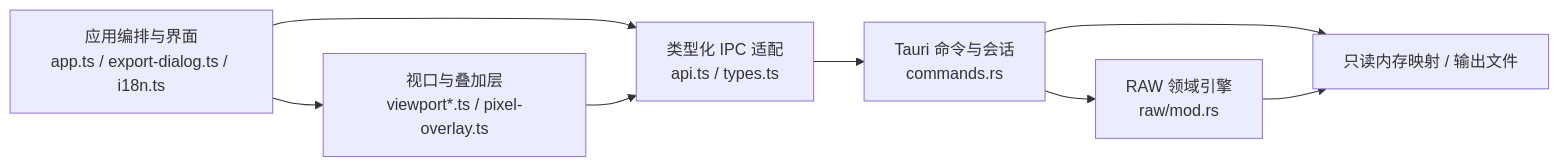
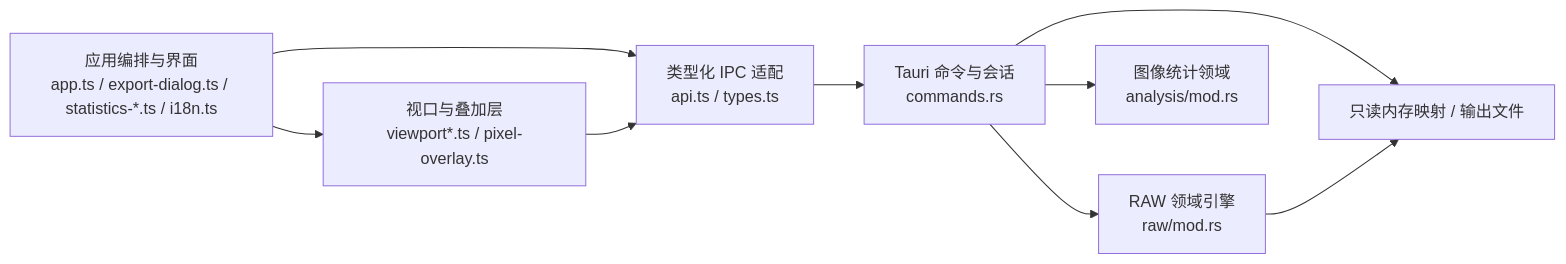
The diagram in docs/ARCHITECTURE.md (woooooooooolf/eRAW), drawn with Mermaid before and after one commit. The commit also changed other lines of this file and 10 other files, not shown here.

Commit message:
发布：更新图像统计文档并升级至 V0.3.0

````diff
--- a/docs/ARCHITECTURE.md
+++ b/docs/ARCHITECTURE.md
@@ -5,17 +5,19 @@
 ```mermaid
 flowchart LR
-    UI["应用编排与界面<br/>app.ts / export-dialog.ts / i18n.ts"]
+    UI["应用编排与界面<br/>app.ts / export-dialog.ts / statistics-*.ts / i18n.ts"]
     VP["视口与叠加层<br/>viewport*.ts / pixel-overlay.ts"]
     API["类型化 IPC 适配<br/>api.ts / types.ts"]
     CMD["Tauri 命令与会话<br/>commands.rs"]
     RAW["RAW 领域引擎<br/>raw/mod.rs"]
+    ANA["图像统计领域<br/>analysis/mod.rs"]
     FILE["只读内存映射 / 输出文件"]
 
     UI --> VP
     UI --> API
     VP --> API
     API --> CMD
     CMD --> RAW
+    CMD --> ANA
     CMD --> FILE
     RAW --> FILE
 ```
````
